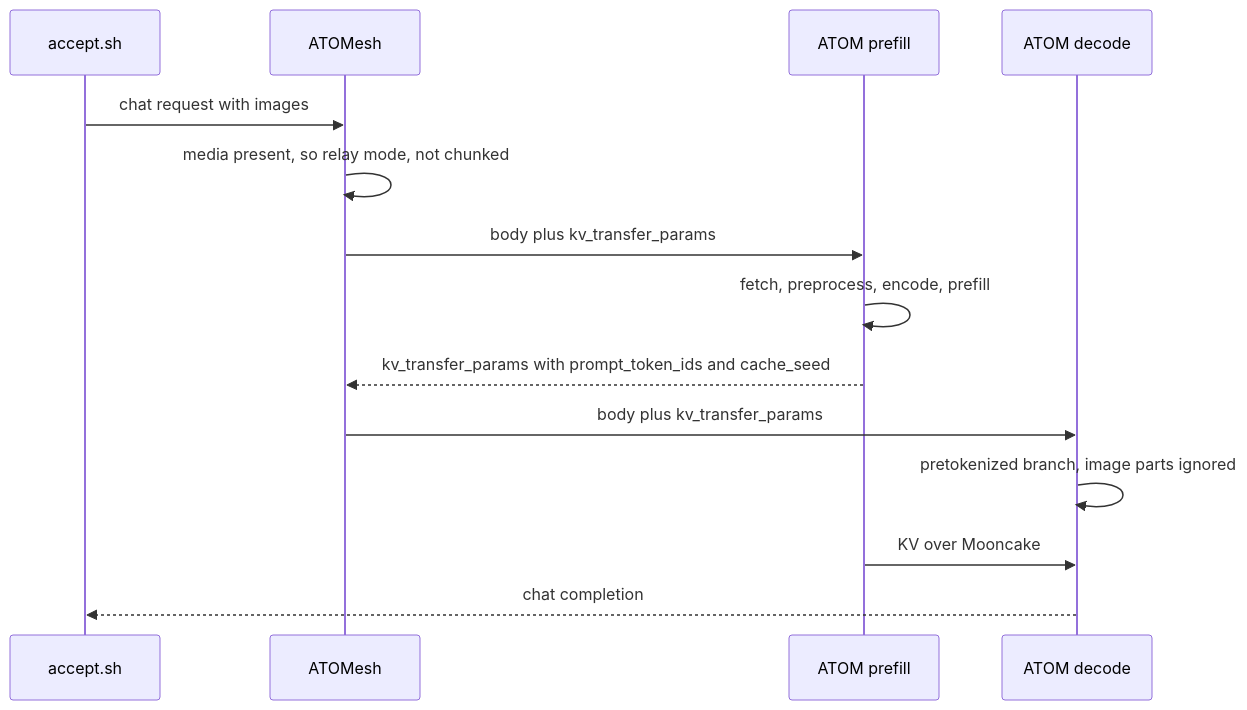
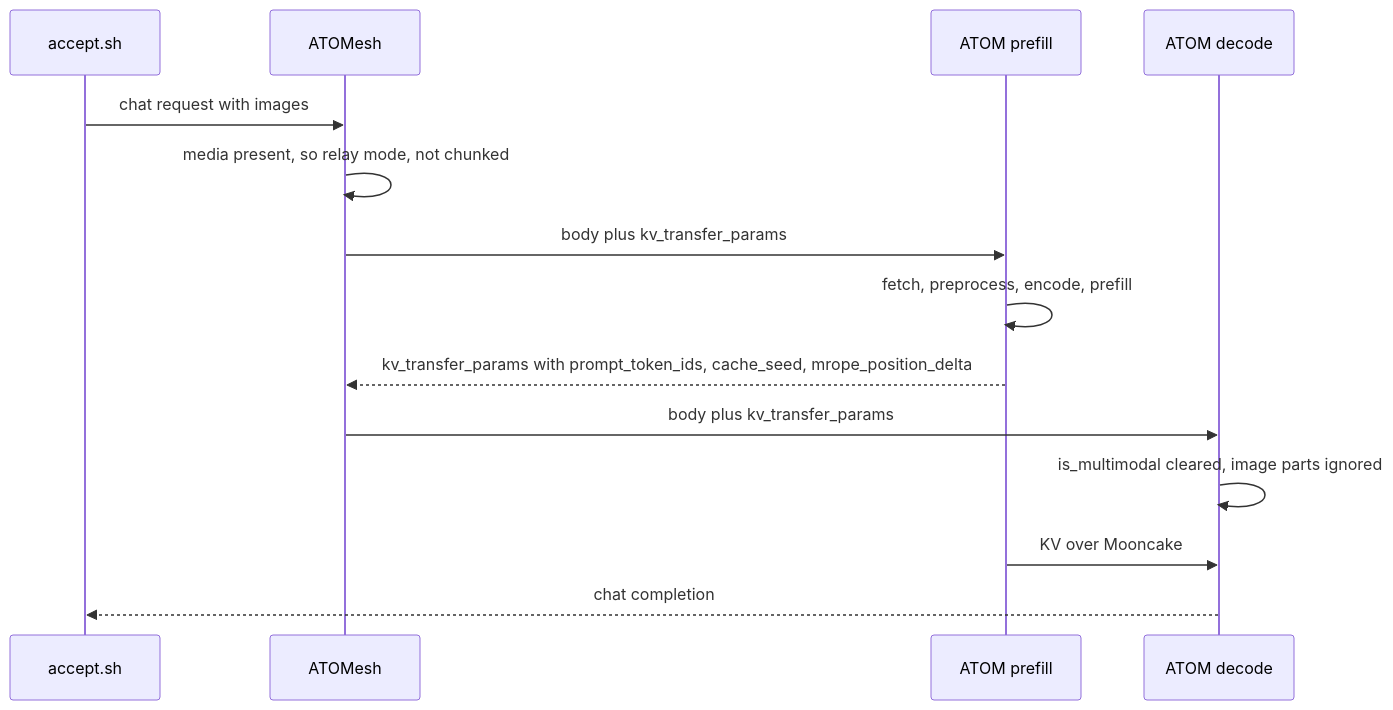
One commit to ROCm/ATOM changed the third of 6 diagrams in docs/atomesh_multimodal_epd.md. Above: the diagram before and after it, drawn with Mermaid. The commit also changed other lines of this file and 1 other file, not shown here.

First line of the commit message:
docs: tie the multimodal E/P/D design to the PRs that implement it

````diff
--- a/docs/atomesh_multimodal_epd.md
+++ b/docs/atomesh_multimodal_epd.md
@@ -68,16 +113,16 @@
 ```mermaid
 sequenceDiagram
     participant H as accept.sh
     participant M as ATOMesh
     participant P as ATOM prefill
     participant D as ATOM decode
     H->>M: chat request with images
     M->>M: media present, so relay mode, not chunked
     M->>P: body plus kv_transfer_params
     P->>P: fetch, preprocess, encode, prefill
-    P-->>M: kv_transfer_params with prompt_token_ids and cache_seed
+    P-->>M: kv_transfer_params with prompt_token_ids, cache_seed, mrope_position_delta
     M->>D: body plus kv_transfer_params
-    D->>D: pretokenized branch, image parts ignored
+    D->>D: is_multimodal cleared, image parts ignored
     P->>D: KV over Mooncake
     D-->>H: chat completion
 ```
````
